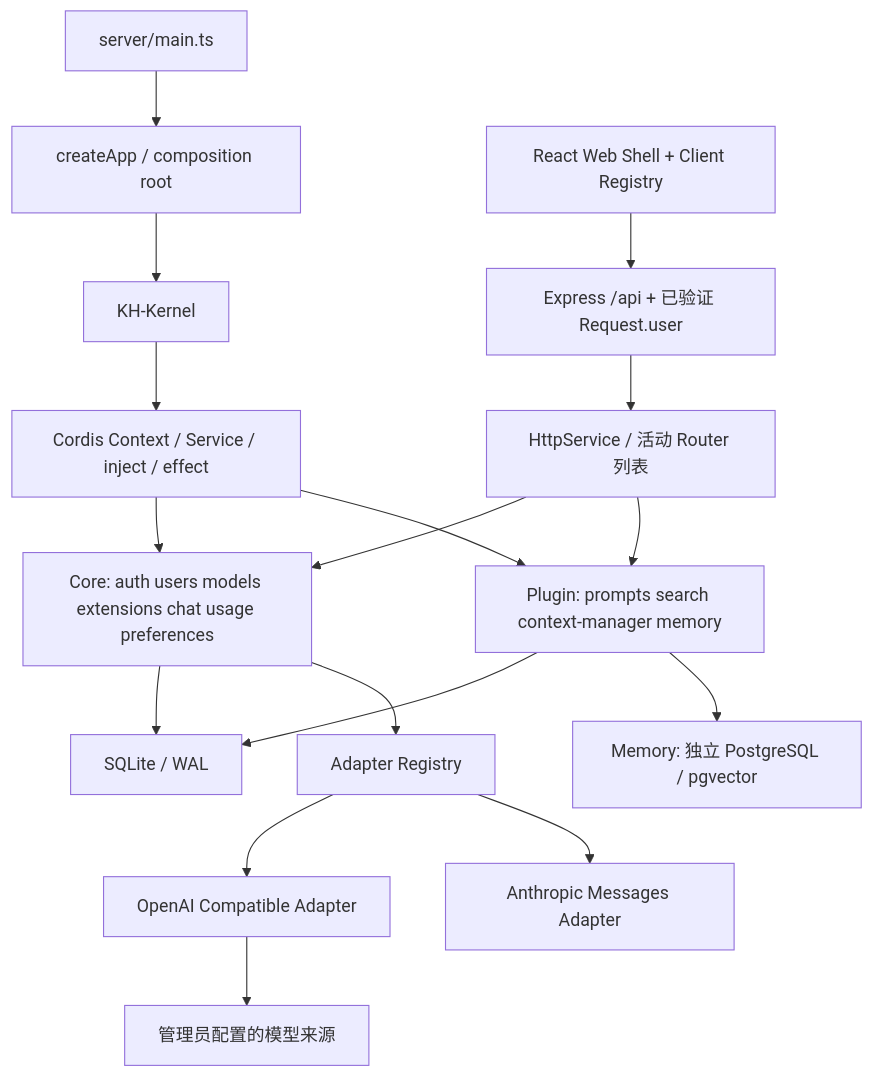
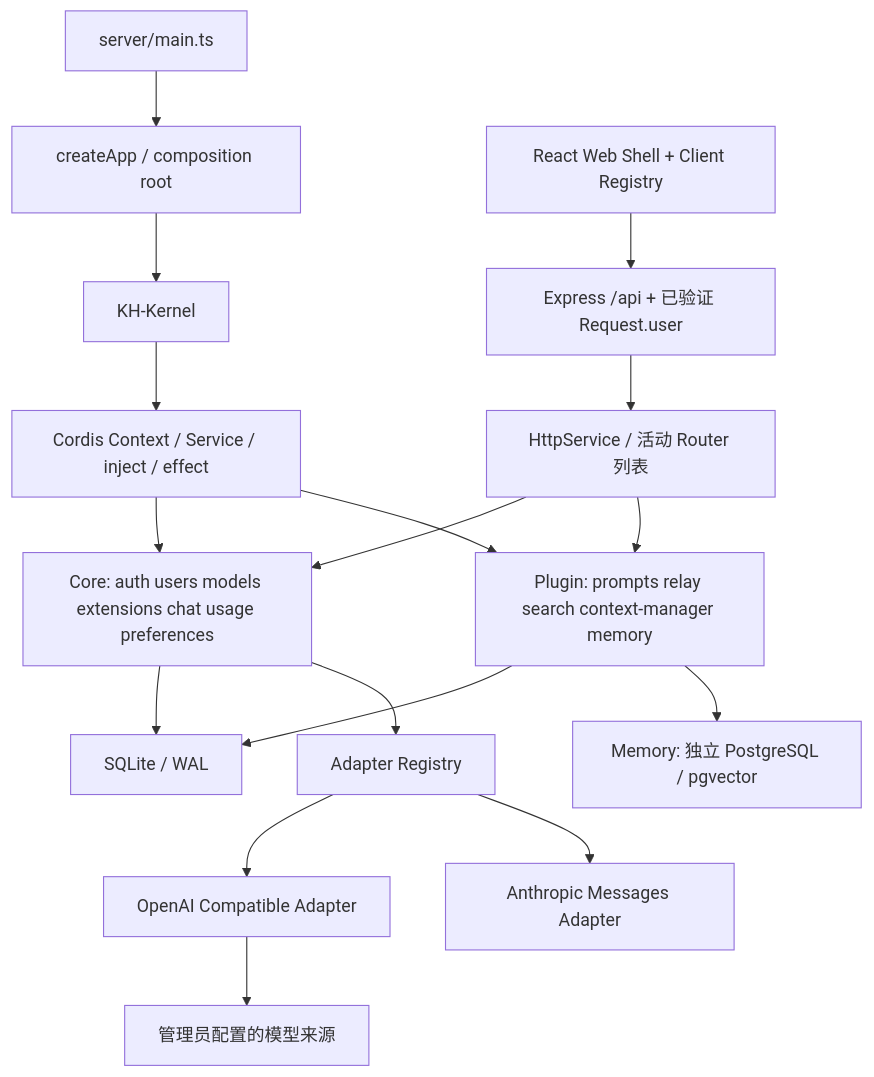
The diagram in docs/ARCHITECTURE.md (ChongKaKam/KAKAM-Harness), drawn with Mermaid before and after one commit. The commit also changed other lines of this file and 15 other files, not shown here.

````diff
--- a/docs/ARCHITECTURE.md
+++ b/docs/ARCHITECTURE.md
@@ -7,19 +7,19 @@
 ```mermaid
 flowchart TD
     Main[server/main.ts] --> App[createApp / composition root]
     App --> Kernel[KH-Kernel]
     Kernel --> Engine[Cordis Context / Service / inject / effect]
     Engine --> Core[Core: auth users models extensions chat usage preferences]
-    Engine --> Plugins[Plugin: prompts search context-manager memory]
+    Engine --> Plugins[Plugin: prompts relay search context-manager memory]
     UI[React Web Shell + Client Registry] --> HTTP[Express /api + 已验证 Request.user]
     HTTP --> Routes[HttpService / 活动 Router 列表]
     Routes --> Core
     Routes --> Plugins
     Core --> DB[SQLite / WAL]
     Plugins --> DB
     Plugins --> MemoryDB[Memory: 独立 PostgreSQL / pgvector]
     Core --> AR[Adapter Registry]
     AR --> OA[OpenAI Compatible Adapter]
     AR --> AA[Anthropic Messages Adapter]
     OA --> Provider[管理员配置的模型来源]
 ```
````
